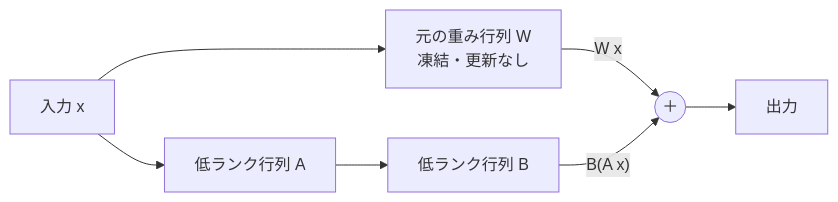
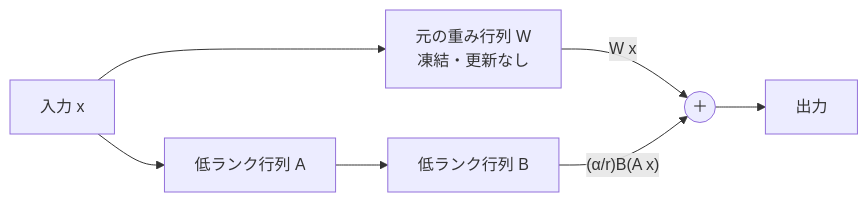
One commit to myoshi2891/Comparison-of-LLMs changed the fourth of 9 diagrams in Generative-ai-on-aws-guide.md. Above: the diagram before and after it, drawn with Mermaid. The commit also changed other lines of this file and 1 other file, not shown here.

Commit message:
docs(guides): refine LoRA formula, diffusion explanations, and Mermaid syntax in study guides

````diff
--- a/Generative-ai-on-aws-guide.md
+++ b/Generative-ai-on-aws-guide.md
@@ -249,9 +249,9 @@
 ```mermaid
 flowchart LR
     E["入力 x"] --> A["元の重み行列 W<br/>凍結・更新なし"]
     E --> B["低ランク行列 A"]
     B --> C["低ランク行列 B"]
     A -->|"W x"| S(("＋"))
-    C -->|"B(A x)"| S
+    C -->|"(α/r)B(A x)"| S
     S --> D["出力"]
 ```
````
